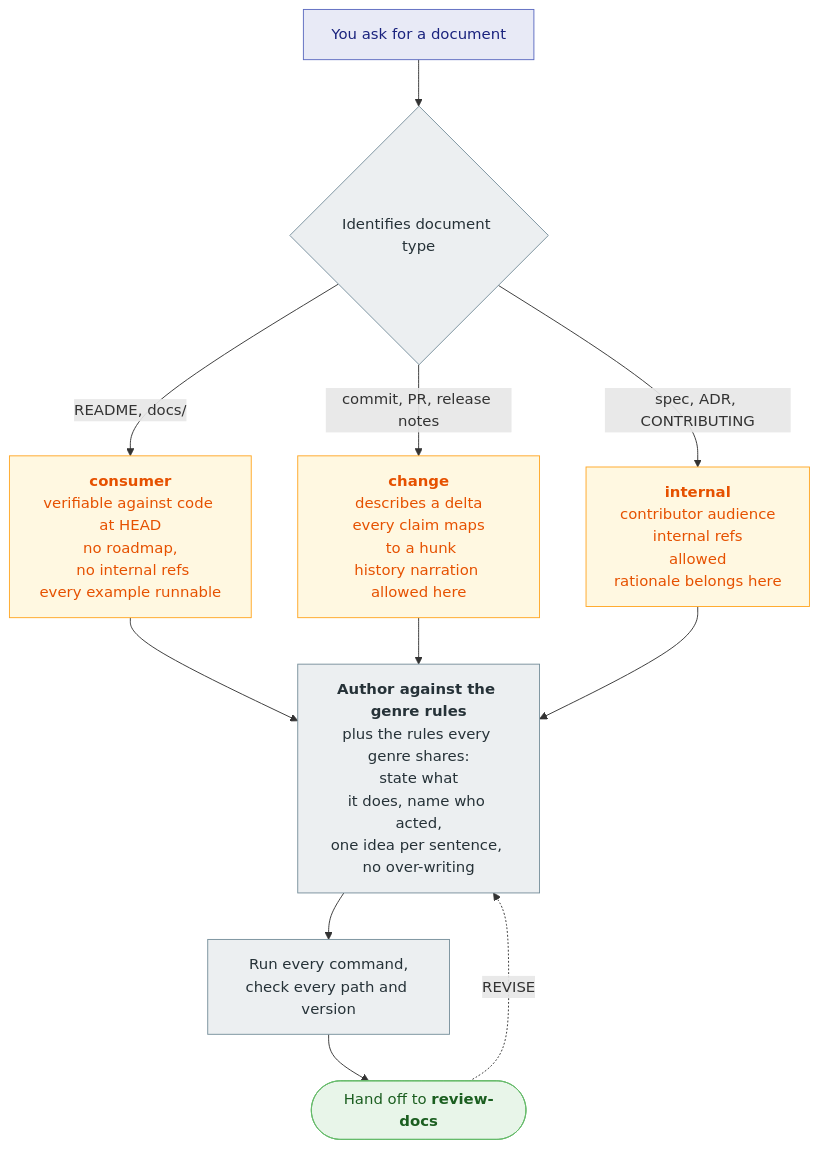
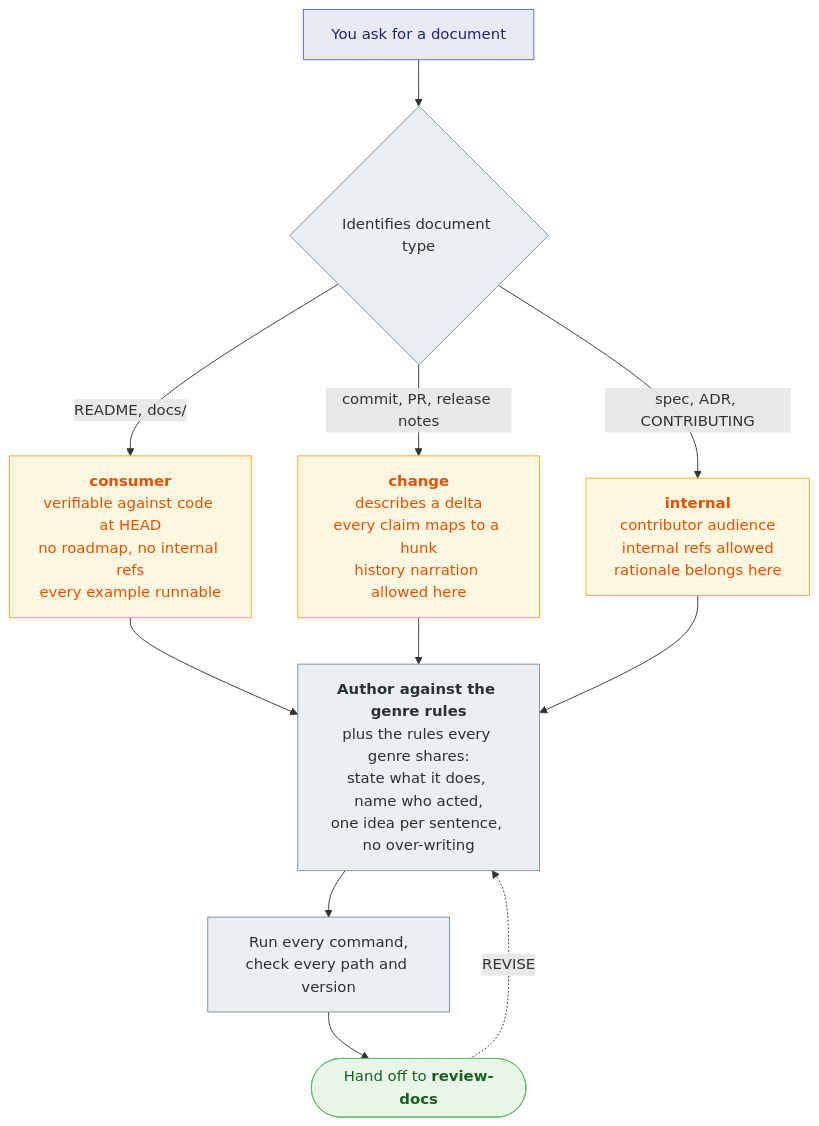
One commit to srobroek/slopvac changed the first of 3 diagrams in README.md. Above: the diagram before and after it, drawn with Mermaid. The commit also changed other lines of this file and 1 other file, not shown here.

````diff
--- a/README.md
+++ b/README.md
@@ -68,35 +81,31 @@
 ```mermaid
 flowchart TD
     ASK["You ask for a document"]
 
     ASK --> CLASS{"Identifies document type"}
 
-    CLASS -->|"README, docs/"| CONS["<b>consumer</b><br/>verifiable against code at HEAD<br/>no roadmap,
- no internal refs<br/>every example runnable"]
-    CLASS -->|"commit, PR, release notes"| CHG["<b>change</b><br/>describes a delta<br/>every claim maps
- to a hunk<br/>history narration allowed here"]
-    CLASS -->|"spec, ADR, CONTRIBUTING"| INT["<b>internal</b><br/>contributor audience<br/>internal refs
- allowed<br/>rationale belongs here"]
+    CLASS -->|"README, docs/"| CONS["<b>consumer</b><br/>verifiable against code at HEAD<br/>no roadmap, no internal refs<br/>every example runnable"]
+    CLASS -->|"commit, PR, release notes"| CHG["<b>change</b><br/>describes a delta<br/>every claim maps to a hunk<br/>history narration allowed here"]
+    CLASS -->|"spec, ADR, CONTRIBUTING"| INT["<b>internal</b><br/>contributor audience<br/>internal refs allowed<br/>rationale belongs here"]
 
     CONS --> AUTHOR
     CHG --> AUTHOR
     INT --> AUTHOR
 
-    AUTHOR["<b>Author against the genre rules</b><br/>plus the rules every genre shares:<br/>state what
-it does, name who acted,<br/>one idea per sentence, no over-writing"]
+    AUTHOR["<b>Author against the genre rules</b><br/>plus the rules every genre shares:<br/>state what it does, name who acted,<br/>one idea per sentence, no over-writing"]
 
     AUTHOR --> VERIFY["Run every command,<br/>check every path and version"]
     VERIFY --> HANDOFF(["Hand off to <b>review-docs</b>"])
 
     HANDOFF -.->|REVISE| AUTHOR
 
     classDef you fill:#e8eaf6,stroke:#5c6bc0,color:#1a237e
     classDef genre fill:#fff8e1,stroke:#ffa726,color:#e65100
     classDef work fill:#eceff1,stroke:#78909c,color:#263238
     classDef out fill:#e8f5e9,stroke:#66bb6a,color:#1b5e20
 
     class ASK you
     class CONS,CHG,INT genre
     class AUTHOR,VERIFY,CLASS work
     class HANDOFF out
 ```
````
